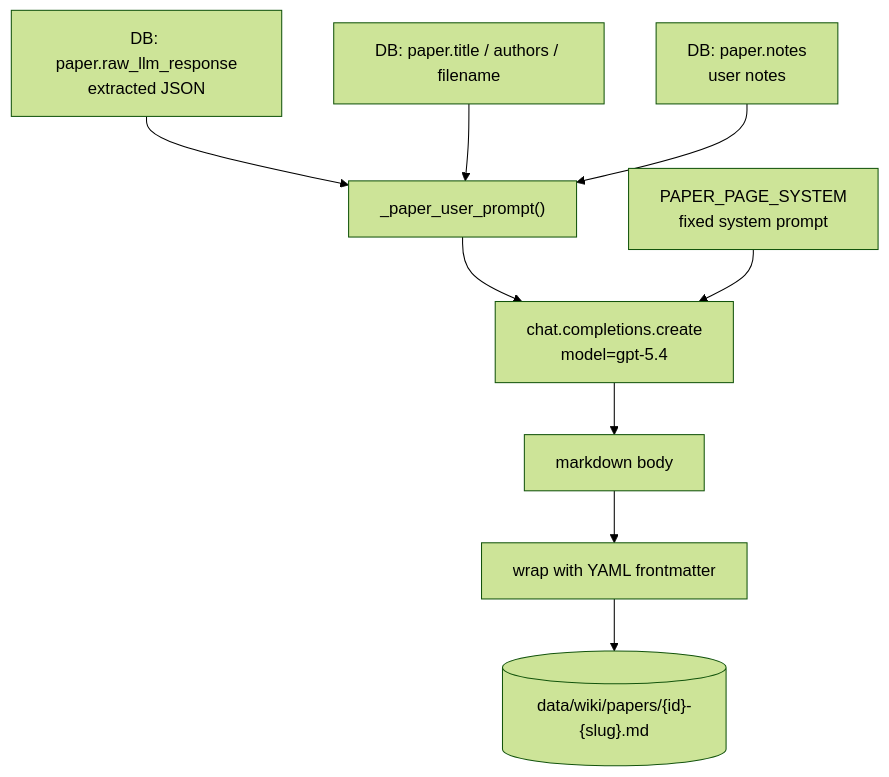
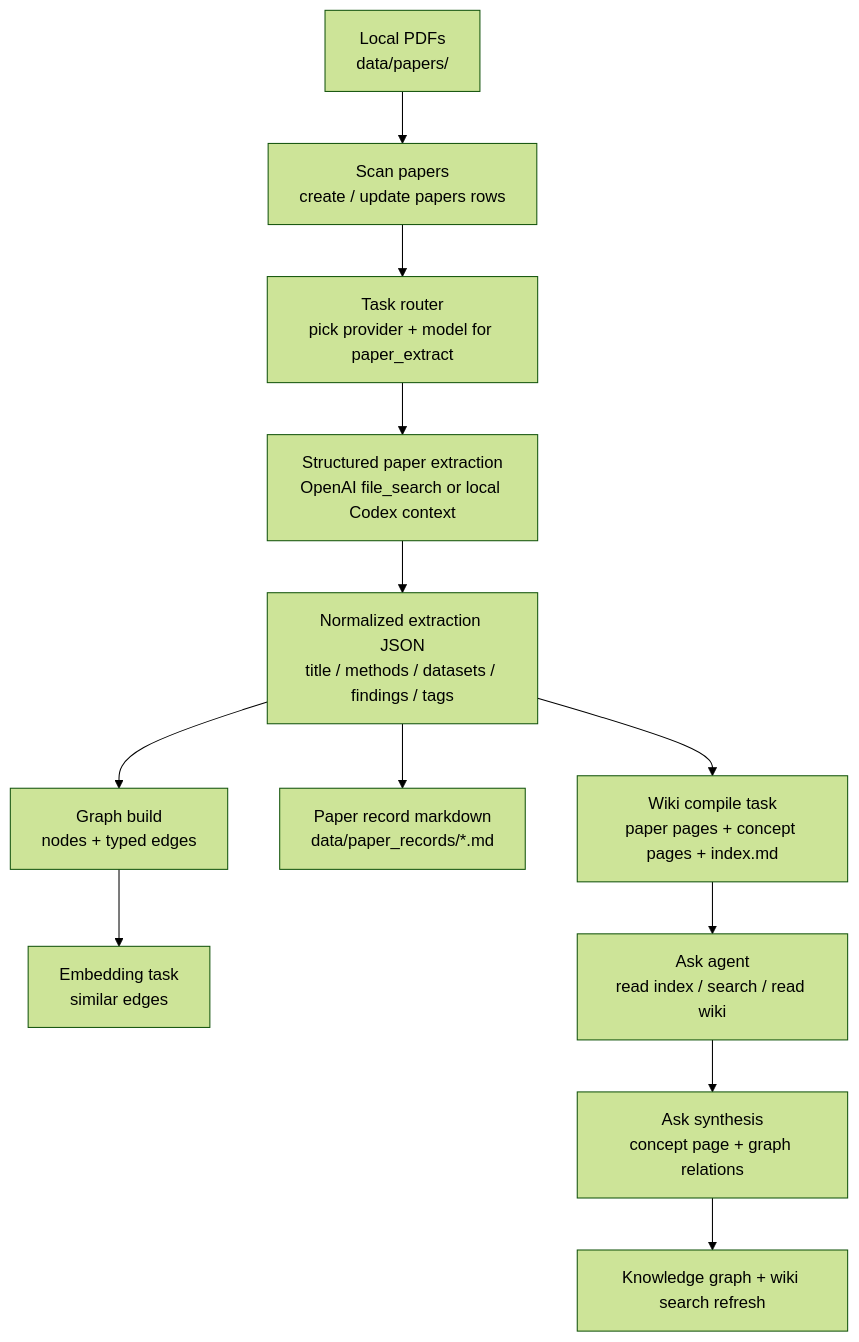
One commit to vince-xunzhe/Knowra changed the first of 2 diagrams in README.md. Above: the diagram before and after it, drawn with Mermaid (forest theme). The commit also changed other lines of this file and 10 other files, not shown here.

Commit message:
Refine Ask UX and refresh README

````diff
--- a/README.md
+++ b/README.md
@@ -50,11 +24,14 @@
 ```mermaid
 flowchart TD
-    A["DB: paper.raw_llm_response<br/>extracted JSON"] --> P
-    B["DB: paper.title / authors / filename"] --> P
-    C["DB: paper.notes<br/>user notes"] --> P
-    P["_paper_user_prompt()"] --> L
-    S["PAPER_PAGE_SYSTEM<br/>fixed system prompt"] --> L
-    L["chat.completions.create<br/>model=gpt-5.4"] --> M["markdown body"]
-    M --> F["wrap with YAML frontmatter"]
-    F --> O[("data/wiki/papers/{id}-{slug}.md")]
+    A["Local PDFs<br/>data/papers/"] --> B["Scan papers<br/>create / update papers rows"]
+    B --> C["Task router<br/>pick provider + model for paper_extract"]
+    C --> D["Structured paper extraction<br/>OpenAI file_search or local Codex context"]
+    D --> E["Normalized extraction JSON<br/>title / methods / datasets / findings / tags"]
+    E --> F["Graph build<br/>nodes + typed edges"]
+    E --> G["Paper record markdown<br/>data/paper_records/*.md"]
+    F --> H["Embedding task<br/>similar edges"]
+    E --> I["Wiki compile task<br/>paper pages + concept pages + index.md"]
+    I --> J["Ask agent<br/>read index / search / read wiki"]
+    J --> K["Ask synthesis<br/>concept page + graph relations"]
+    K --> L["Knowledge graph + wiki search refresh"]
 ```
````
